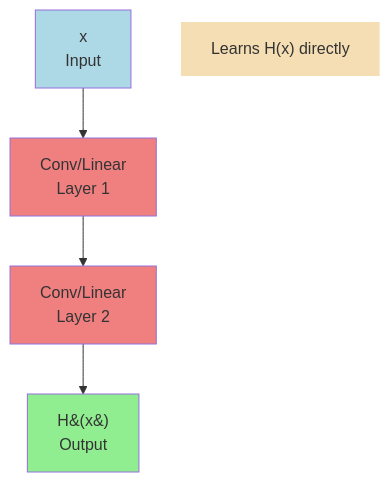
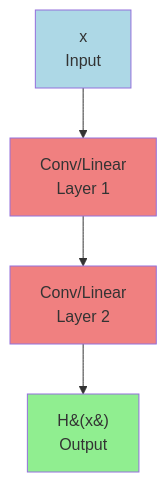
The first of 3 diagrams in ai-eng/embedding-anomaly-detection/part1-understanding-resnet.md (snowch/snowch.github.io), drawn with Mermaid before and after one commit. The commit also changed other lines of this file, not shown here.

First line of the commit message:
Move mermaid diagram annotations to markdown for cleaner diagrams

````diff
--- a/ai-eng/embedding-anomaly-detection/part1-understanding-resnet.md
+++ b/ai-eng/embedding-anomaly-detection/part1-understanding-resnet.md
@@ -184,14 +186,11 @@
 ```{mermaid}
 graph TB
     X1[x<br/>Input] --> L1[Conv/Linear<br/>Layer 1]
     L1 --> L2[Conv/Linear<br/>Layer 2]
     L2 --> H1[H&#40;x&#41;<br/>Output]
 
-    Note1["Learns H(x) directly"]
-
     style X1 fill:#ADD8E6
     style L1 fill:#F08080
     style L2 fill:#F08080
     style H1 fill:#90EE90
-    style Note1 fill:#F5DEB3,stroke:none
 ```
````
